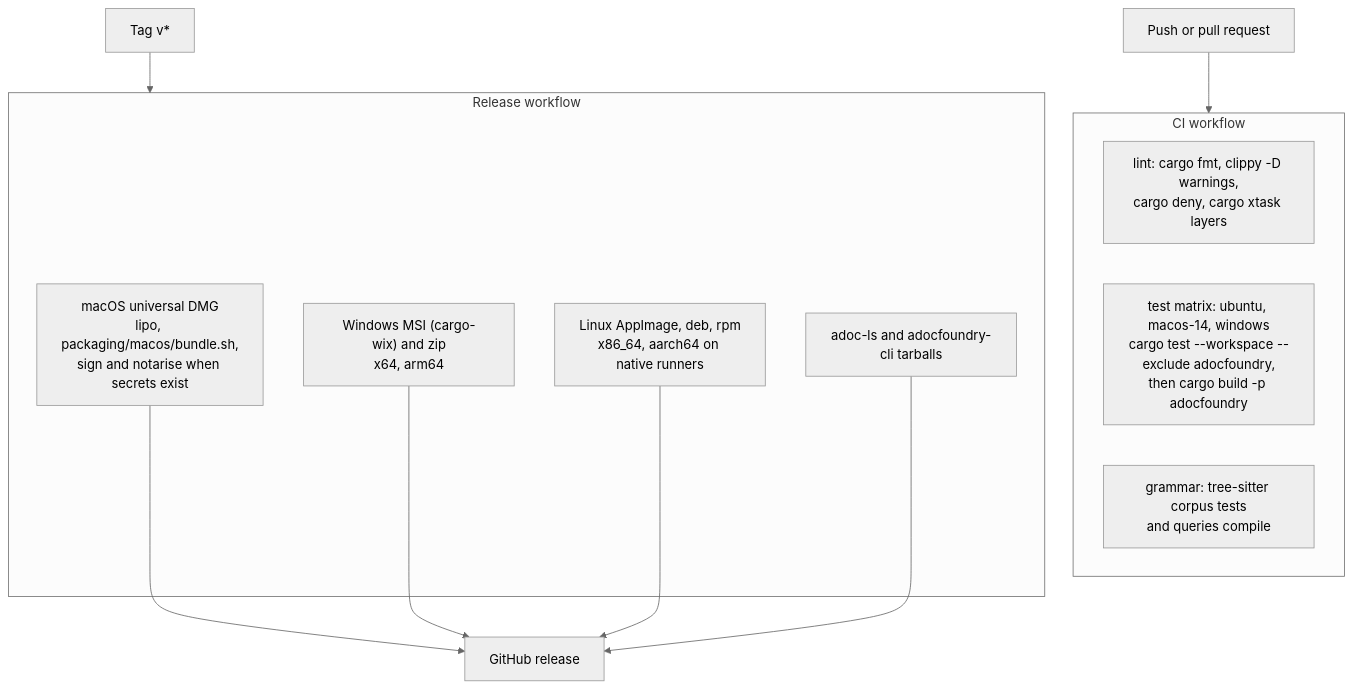
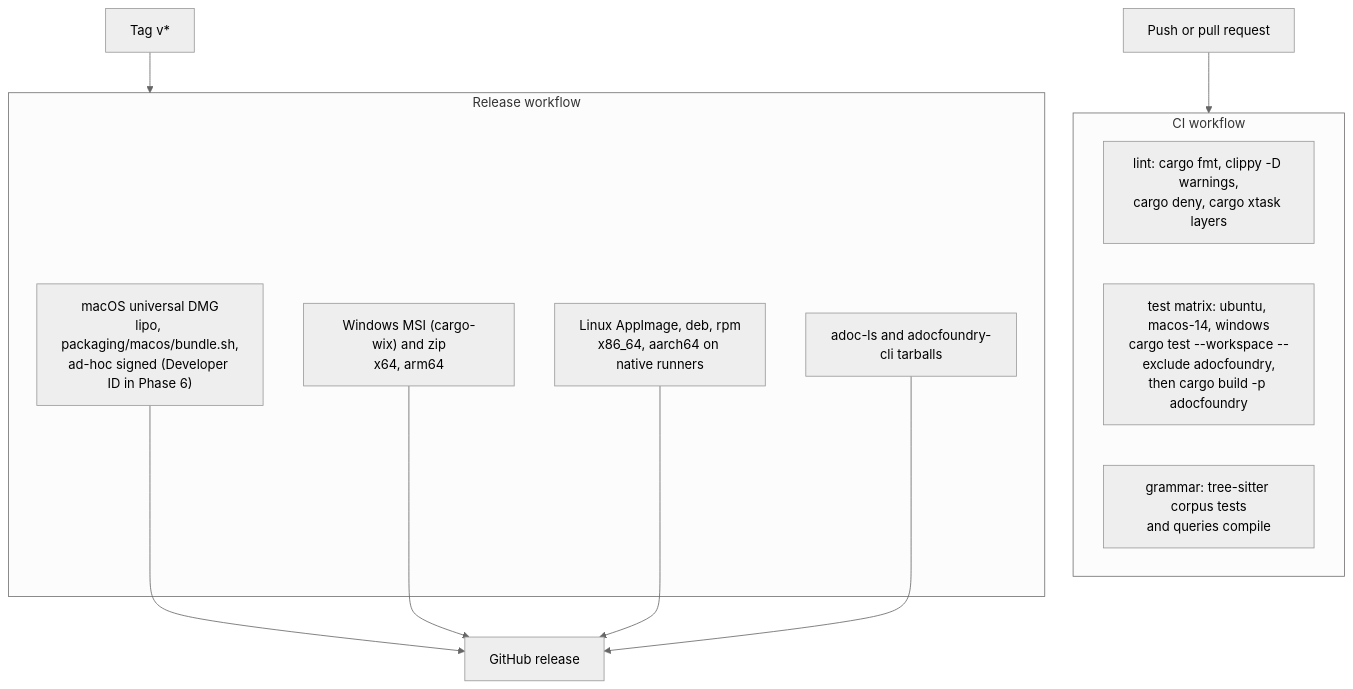
One commit to bovinemagnet/AdocFoundry changed the diagram in src/docs/modules/developer/examples/release-pipeline.mmd. Above: the diagram before and after it, drawn with Mermaid (neutral theme). The commit also changed 133 other files, not shown here.

```diff
--- a/src/docs/modules/developer/examples/release-pipeline.mmd
+++ b/src/docs/modules/developer/examples/release-pipeline.mmd
@@ -1,18 +1,18 @@
 flowchart TD
     push["Push or pull request"] --> ci
     subgraph ci["CI workflow"]
         lint["lint: cargo fmt, clippy -D warnings,<br/>cargo deny, cargo xtask layers"]
         test["test matrix: ubuntu, macos-14, windows<br/>cargo test --workspace --exclude adocfoundry,<br/>then cargo build -p adocfoundry"]
         grammar["grammar: tree-sitter corpus tests<br/>and queries compile"]
     end
     tag["Tag v*"] --> rel
     subgraph rel["Release workflow"]
-        mac["macOS universal DMG<br/>lipo, packaging/macos/bundle.sh,<br/>sign and notarise when secrets exist"]
+        mac["macOS universal DMG<br/>lipo, packaging/macos/bundle.sh,<br/>ad-hoc signed (Developer ID in Phase 6)"]
         win["Windows MSI (cargo-wix) and zip<br/>x64, arm64"]
         lin["Linux AppImage, deb, rpm<br/>x86_64, aarch64 on native runners"]
         tools["adoc-ls and adocfoundry-cli tarballs"]
     end
     mac --> gh["GitHub release"]
     win --> gh
     lin --> gh
     tools --> gh
```
